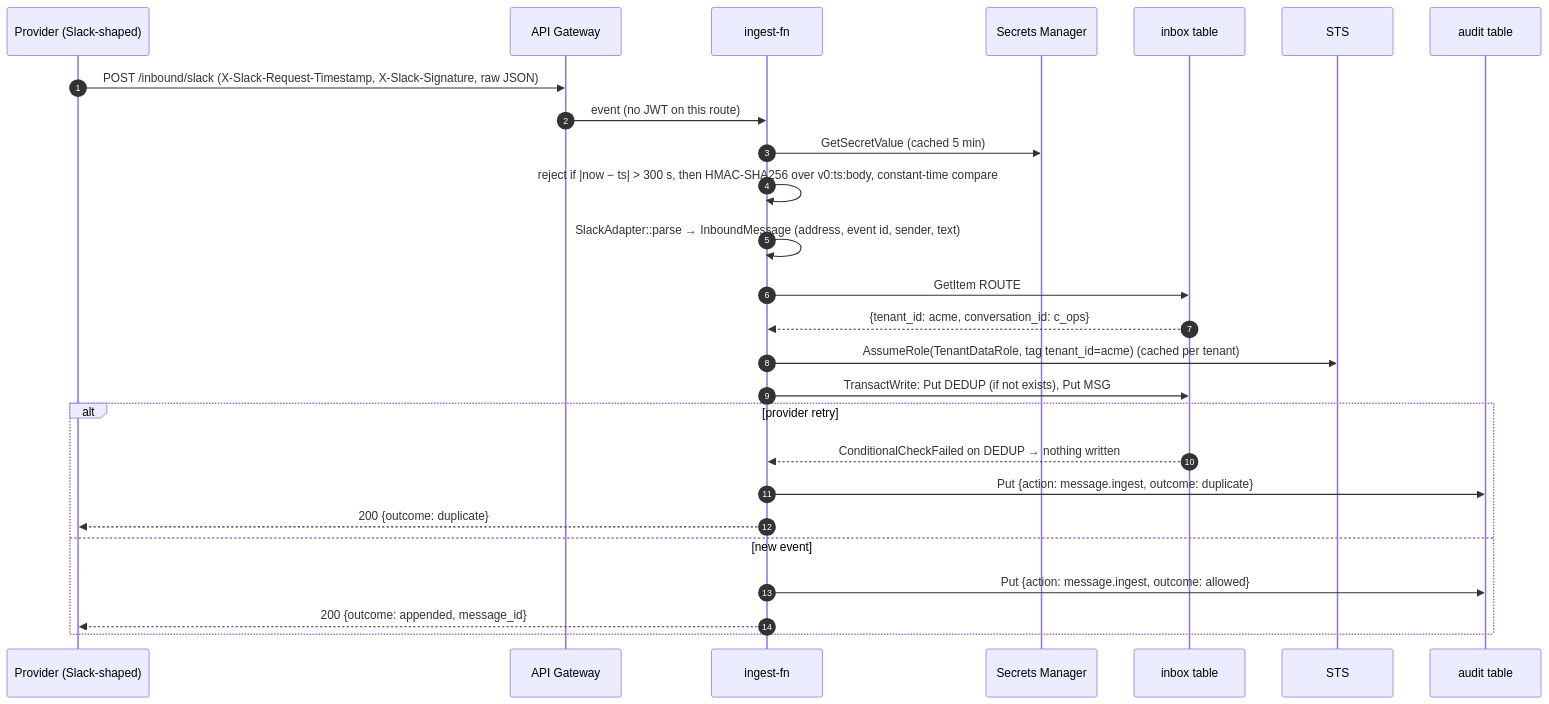
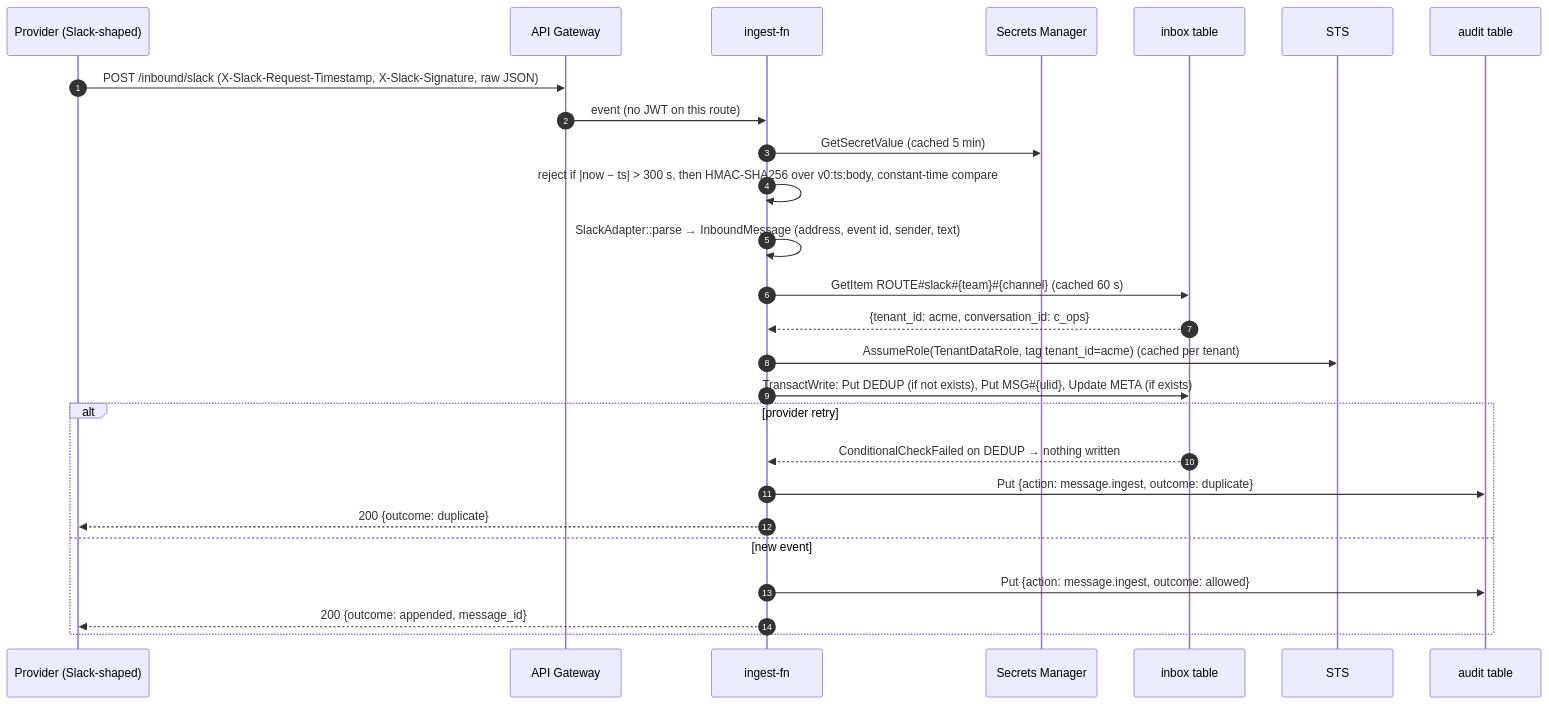
Before and after one commit to danvaneijck/corro-demo: the second of 3 diagrams in ARCHITECTURE.md, drawn with Mermaid. The commit also changed other lines of this file, not shown here.

First line of the commit message:
Fix Mermaid diagrams in ARCHITECTURE.md

````diff
--- a/ARCHITECTURE.md
+++ b/ARCHITECTURE.md
@@ -92,29 +92,29 @@
 ```mermaid
 sequenceDiagram
   autonumber
   participant P as Provider (Slack-shaped)
   participant G as API Gateway
   participant I as ingest-fn
   participant S as Secrets Manager
   participant D as inbox table
   participant T as STS
   participant A as audit table
 
   P->>G: POST /inbound/slack (X-Slack-Request-Timestamp, X-Slack-Signature, raw JSON)
   G->>I: event (no JWT on this route)
   I->>S: GetSecretValue (cached 5 min)
   I->>I: reject if |now − ts| > 300 s, then HMAC-SHA256 over v0:ts:body, constant-time compare
   I->>I: SlackAdapter::parse → InboundMessage (address, event id, sender, text)
-  I->>D: GetItem ROUTE#slack#{team}#{channel} (cached 60 s)
+  I->>D: GetItem ROUTE#35;slack#35;{team}#35;{channel} (cached 60 s)
   D-->>I: {tenant_id: acme, conversation_id: c_ops}
   I->>T: AssumeRole(TenantDataRole, tag tenant_id=acme) (cached per tenant)
-  I->>D: TransactWrite: Put DEDUP (if not exists), Put MSG#{ulid}, Update META (if exists)
+  I->>D: TransactWrite: Put DEDUP (if not exists), Put MSG#35;{ulid}, Update META (if exists)
   alt provider retry
     D-->>I: ConditionalCheckFailed on DEDUP → nothing written
     I->>A: Put {action: message.ingest, outcome: duplicate}
     I-->>P: 200 {outcome: duplicate}
   else new event
     I->>A: Put {action: message.ingest, outcome: allowed}
     I-->>P: 200 {outcome: appended, message_id}
   end
 ```
````
